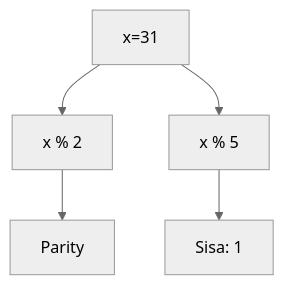
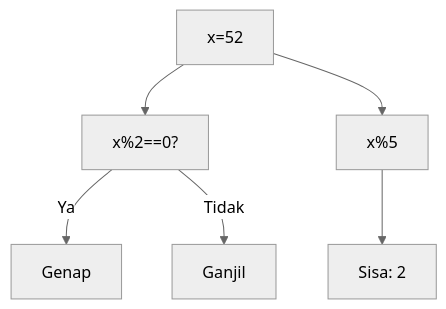
Before and after one commit to amnahwaida/OSNK_INF_PREP: diagram 11 of 25 in part-c-pemahaman-cpp/02-percabangan/latihan/set-12.md, drawn with Mermaid (neutral theme). The commit also changed other lines of this file and 71 other files, not shown here.

Commit message:
Fixed Mermaid syntax lexical errors with quoted labels in 1,800 questions

````diff
--- a/part-c-pemahaman-cpp/02-percabangan/latihan/set-12.md
+++ b/part-c-pemahaman-cpp/02-percabangan/latihan/set-12.md
@@ -263,7 +336,8 @@
 ```mermaid
 graph TD
-A[x=31] --> B[x % 2]
-B --> C[Parity]
-A --> D[x % 5]
-D --> E[Sisa: 1]
+A["x=52"] --> B["x%2==0?"]
+B -- Ya --> C["Genap"]
+B -- Tidak --> D["Ganjil"]
+A --> E["x%5"]
+E --> F["Sisa: 2"]
 ```
````
